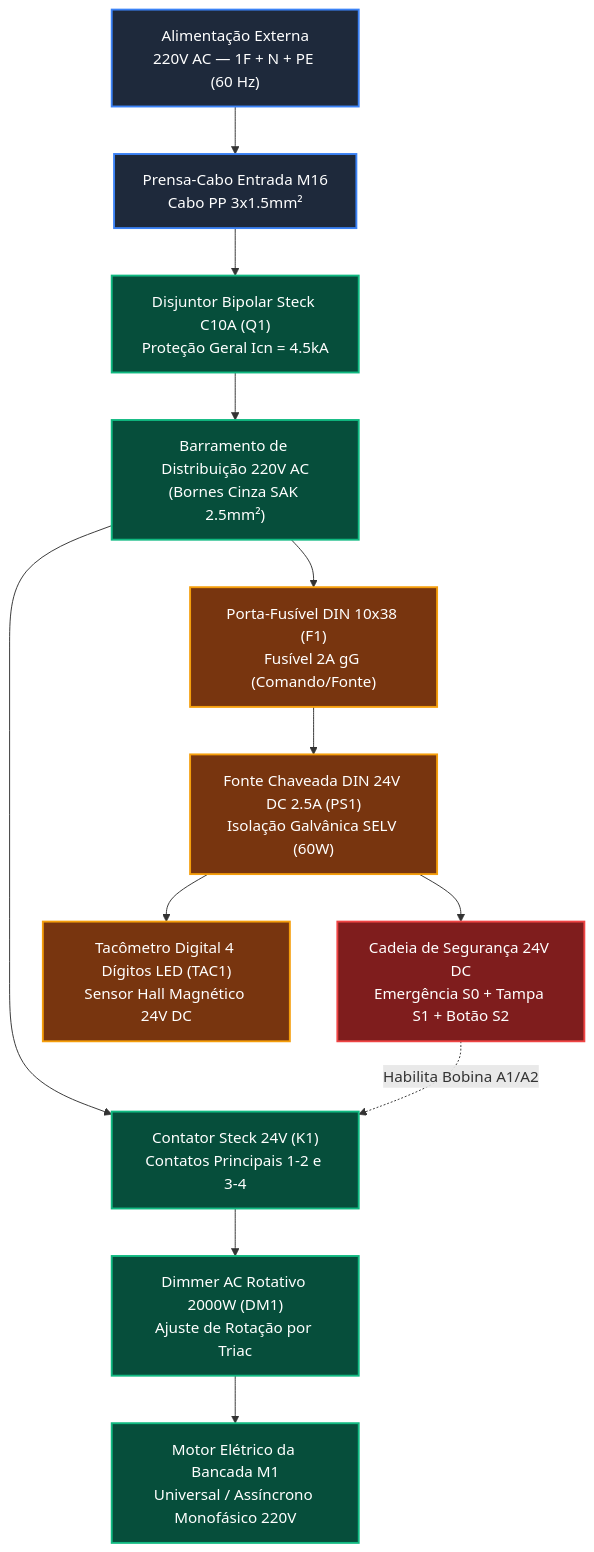
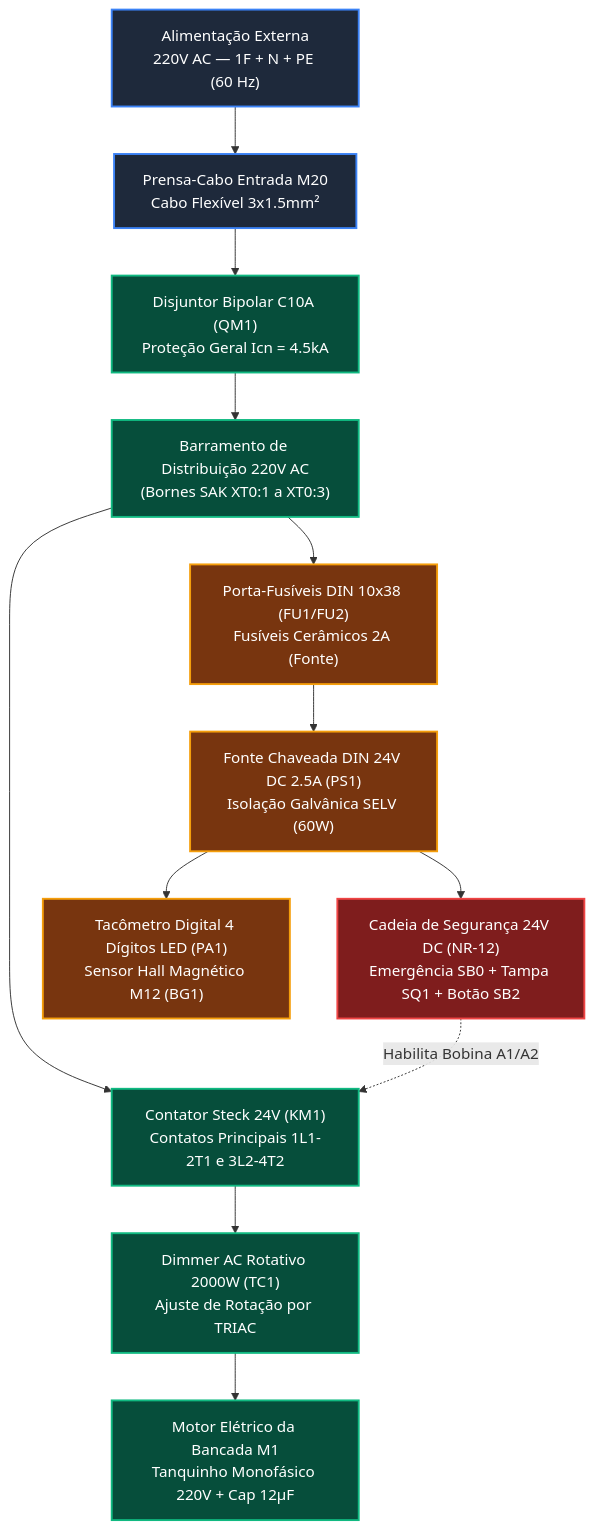
One commit to Andre-Macedo/amemiya changed the second of 5 diagrams in docs/iot/DIAGRAMAS_ELETRICOS_UNIFILAR_MULTIFILAR.md. Above: the diagram before and after it, drawn with Mermaid. The commit also changed other lines of this file and 7 other files, not shown here.

````diff
--- a/docs/iot/DIAGRAMAS_ELETRICOS_UNIFILAR_MULTIFILAR.md
+++ b/docs/iot/DIAGRAMAS_ELETRICOS_UNIFILAR_MULTIFILAR.md
@@ -46,29 +46,29 @@
 ```mermaid
 graph TD
     classDef main fill:#1e293b,stroke:#3b82f6,stroke-width:2px,color:#fff;
     classDef safety fill:#7f1d1d,stroke:#ef4444,stroke-width:2px,color:#fff;
     classDef power fill:#064e3b,stroke:#10b981,stroke-width:2px,color:#fff;
     classDef ctrl fill:#78350f,stroke:#f59e0b,stroke-width:2px,color:#fff;
 
     ALIM["Alimentação Externa<br/>220V AC — 1F + N + PE (60 Hz)"]:::main
-    PRENSA_IN["Prensa-Cabo Entrada M16<br/>Cabo PP 3x1.5mm²"]:::main
-    Q1["Disjuntor Bipolar Steck C10A (Q1)<br/>Proteção Geral Icn = 4.5kA"]:::power
+    PRENSA_IN["Prensa-Cabo Entrada M20<br/>Cabo Flexível 3x1.5mm²"]:::main
+    QM1["Disjuntor Bipolar C10A (QM1)<br/>Proteção Geral Icn = 4.5kA"]:::power
     
-    BAR_AC["Barramento de Distribuição 220V AC<br/>(Bornes Cinza SAK 2.5mm²)"]:::power
+    BAR_AC["Barramento de Distribuição 220V AC<br/>(Bornes SAK XT0:1 a XT0:3)"]:::power
     
-    F1["Porta-Fusível DIN 10x38 (F1)<br/>Fusível 2A gG (Comando/Fonte)"]:::ctrl
+    FU1["Porta-Fusíveis DIN 10x38 (FU1/FU2)<br/>Fusíveis Cerâmicos 2A (Fonte)"]:::ctrl
     PS1["Fonte Chaveada DIN 24V DC 2.5A (PS1)<br/>Isolação Galvânica SELV (60W)"]:::ctrl
     
-    K1_POT["Contator Steck 24V (K1)<br/>Contatos Principais 1-2 e 3-4"]:::power
-    DIM1["Dimmer AC Rotativo 2000W (DM1)<br/>Ajuste de Rotação por Triac"]:::power
-    MTR["Motor Elétrico da Bancada M1<br/>Universal / Assíncrono Monofásico 220V"]:::power
+    KM1_POT["Contator Steck 24V (KM1)<br/>Contatos Principais 1L1-2T1 e 3L2-4T2"]:::power
+    TC1["Dimmer AC Rotativo 2000W (TC1)<br/>Ajuste de Rotação por TRIAC"]:::power
+    MTR["Motor Elétrico da Bancada M1<br/>Tanquinho Monofásico 220V + Cap 12µF"]:::power
     
-    SAFE_LOOP["Cadeia de Segurança 24V DC<br/>Emergência S0 + Tampa S1 + Botão S2"]:::safety
-    TAC["Tacômetro Digital 4 Dígitos LED (TAC1)<br/>Sensor Hall Magnético 24V DC"]:::ctrl
+    SAFE_LOOP["Cadeia de Segurança 24V DC (NR-12)<br/>Emergência SB0 + Tampa SQ1 + Botão SB2"]:::safety
+    TAC["Tacômetro Digital 4 Dígitos LED (PA1)<br/>Sensor Hall Magnético M12 (BG1)"]:::ctrl
 
-    ALIM --> PRENSA_IN --> Q1 --> BAR_AC
-    BAR_AC --> F1 --> PS1 --> SAFE_LOOP
-    BAR_AC --> K1_POT --> DIM1 --> MTR
+    ALIM --> PRENSA_IN --> QM1 --> BAR_AC
+    BAR_AC --> FU1 --> PS1 --> SAFE_LOOP
+    BAR_AC --> KM1_POT --> TC1 --> MTR
     PS1 --> TAC
-    SAFE_LOOP -.->|"Habilita Bobina A1/A2"| K1_POT
+    SAFE_LOOP -.->|"Habilita Bobina A1/A2"| KM1_POT
 ```
````
